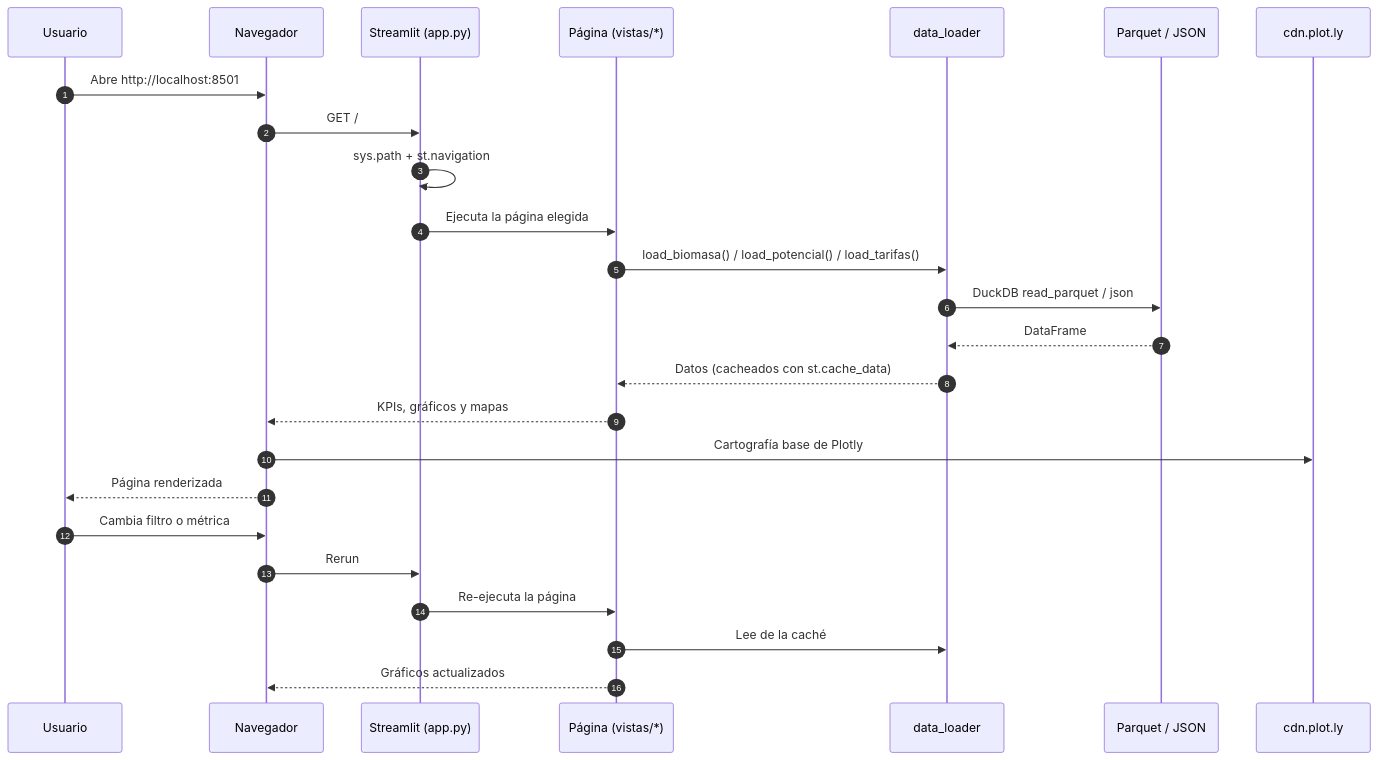
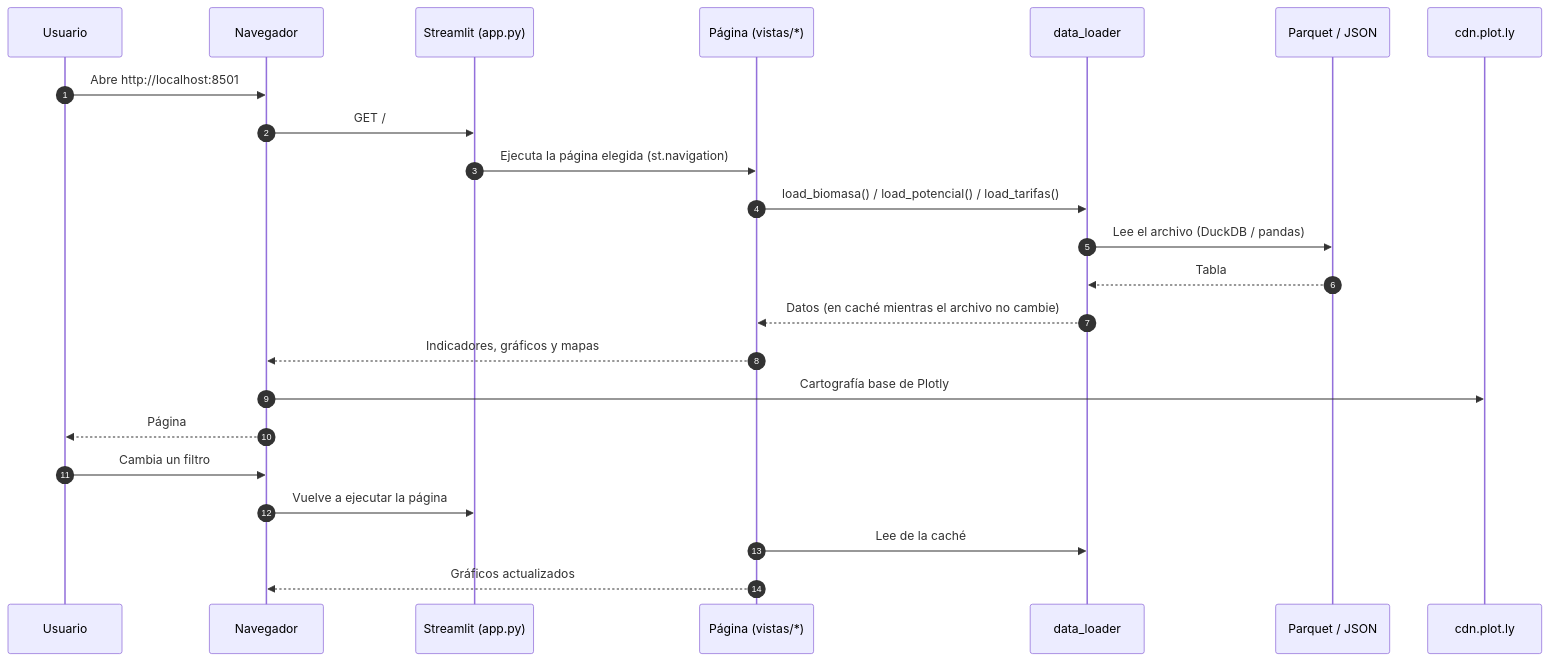
Before and after one commit to marcoeferro/SYNGAS-OPTIMIA-HV: the diagram in docs/05_uso/dashboard.md, drawn with Mermaid. The commit also changed other lines of this file and 4 other files, not shown here.

````diff
--- a/docs/05_uso/dashboard.md
+++ b/docs/05_uso/dashboard.md
@@ -3,29 +92,27 @@
 ```mermaid
 sequenceDiagram
     autonumber
     participant U as Usuario
     participant B as Navegador
     participant S as Streamlit (app.py)
     participant P as Página (vistas/*)
     participant L as data_loader
     participant F as Parquet / JSON
     participant CDN as cdn.plot.ly
 
     U->>B: Abre http://localhost:8501
     B->>S: GET /
-    S->>S: sys.path + st.navigation
-    S->>P: Ejecuta la página elegida
+    S->>P: Ejecuta la página elegida (st.navigation)
     P->>L: load_biomasa() / load_potencial() / load_tarifas()
-    L->>F: DuckDB read_parquet / json
-    F-->>L: DataFrame
-    L-->>P: Datos (cacheados con st.cache_data)
-    P-->>B: KPIs, gráficos y mapas
+    L->>F: Lee el archivo (DuckDB / pandas)
+    F-->>L: Tabla
+    L-->>P: Datos (en caché mientras el archivo no cambie)
+    P-->>B: Indicadores, gráficos y mapas
     B->>CDN: Cartografía base de Plotly
-    B-->>U: Página renderizada
+    B-->>U: Página
 
-    U->>B: Cambia filtro o métrica
-    B->>S: Rerun
-    S->>P: Re-ejecuta la página
+    U->>B: Cambia un filtro
+    B->>S: Vuelve a ejecutar la página
     P->>L: Lee de la caché
     P-->>B: Gráficos actualizados
 ```
````
